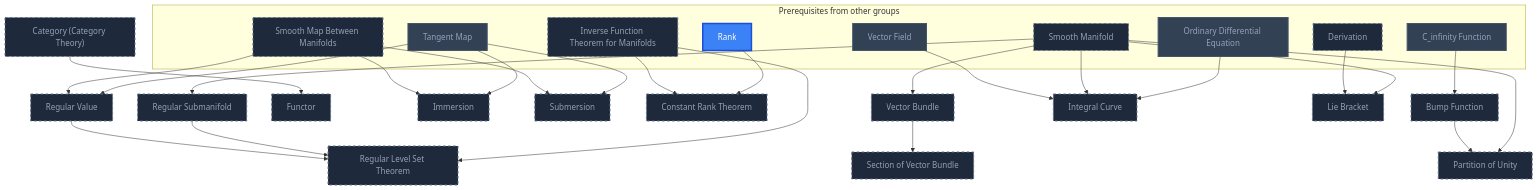
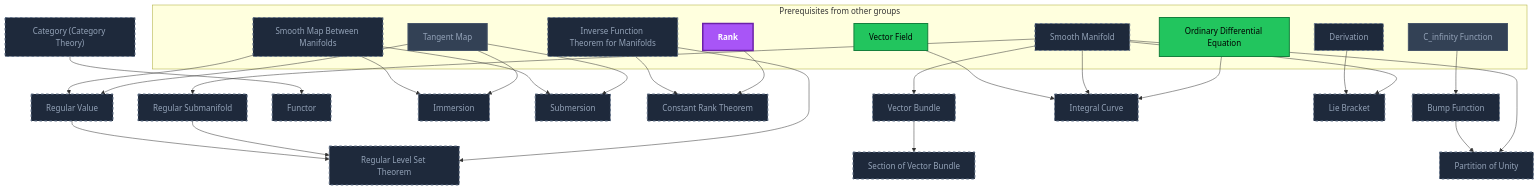
Diagram 14 of 21 in Gamification/Skill Trees/Differential Geometry.md (MRauf1/My-Notes), drawn with Mermaid before and after one commit. The commit also changed other lines of this file and 145 other files, not shown here.

````diff
--- a/Gamification/Skill Trees/Differential Geometry.md
+++ b/Gamification/Skill Trees/Differential Geometry.md
@@ -1012,64 +1028,65 @@
 ```mermaid
 flowchart TD
     classDef planned fill:#1E293B,stroke:#64748B,stroke-width:2px,stroke-dasharray:5 5,color:#94A3B8;
     classDef locked fill:#334155,stroke:#475569,stroke-width:2px,color:#94A3B8;
     classDef L0 fill:#F1F5F9,stroke:#94A3B8,stroke-width:2px,color:#000000;
     classDef L1 fill:#22C55E,stroke:#15803D,stroke-width:2px,color:#000000;
     classDef L2 fill:#3B82F6,stroke:#1D4ED8,stroke-width:3px,color:#FFFFFF;
     classDef L3 fill:#A855F7,stroke:#6B21A8,stroke-width:3px,color:#FFFFFF,font-weight:bold;
     classDef L4 fill:#F97316,stroke:#C2410C,stroke-width:4px,color:#000000,font-weight:bold;
     classDef L5 fill:#FFD700,stroke:#FF8C00,stroke-width:5px,color:#000000,font-weight:bold;
     classDef rusty stroke:#8B4513,stroke-width:4px,stroke-dasharray:3 3;
     subgraph sg_prereqs["Prerequisites from other groups"]
         n_smooth_manifold["Smooth Manifold"]
         n_smooth_map_between_manifolds["Smooth Map Between Manifolds"]
         n_tangent_map["Tangent Map"]
         n_inverse_function_theorem_for_manifolds["Inverse Function Theorem for Manifolds"]
         n_rank["Rank"]
         n_c_infinity_function["C_infinity Function"]
         n_vector_field["Vector Field"]
         n_ordinary_differential_equation["Ordinary Differential Equation"]
         n_derivation["Derivation"]
     end
     n_regular_submanifold["Regular Submanifold"]
     n_regular_value["Regular Value"]
     n_regular_level_set_theorem["Regular Level Set Theorem"]
     n_category_category_theory["Category (Category Theory)"]
     n_functor["Functor"]
     n_immersion["Immersion"]
     n_submersion["Submersion"]
     n_constant_rank_theorem["Constant Rank Theorem"]
     n_vector_bundle["Vector Bundle"]
     n_section_of_vector_bundle["Section of Vector Bundle"]
     n_bump_function["Bump Function"]
     n_partition_of_unity["Partition of Unity"]
     n_integral_curve["Integral Curve"]
     n_lie_bracket["Lie Bracket"]
     n_smooth_manifold --> n_regular_submanifold
     n_smooth_map_between_manifolds --> n_regular_value
     n_tangent_map --> n_regular_value
     n_regular_value --> n_regular_level_set_theorem
     n_regular_submanifold --> n_regular_level_set_theorem
     n_inverse_function_theorem_for_manifolds --> n_regular_level_set_theorem
     n_category_category_theory --> n_functor
     n_smooth_map_between_manifolds --> n_immersion
     n_tangent_map --> n_immersion
     n_smooth_map_between_manifolds --> n_submersion
     n_tangent_map --> n_submersion
     n_inverse_function_theorem_for_manifolds --> n_constant_rank_theorem
     n_rank --> n_constant_rank_theorem
     n_smooth_manifold --> n_vector_bundle
     n_vector_bundle --> n_section_of_vector_bundle
     n_c_infinity_function --> n_bump_function
     n_bump_function --> n_partition_of_unity
     n_smooth_manifold --> n_partition_of_unity
     n_vector_field --> n_integral_curve
     n_smooth_manifold --> n_integral_curve
     n_ordinary_differential_equation --> n_integral_curve
     n_derivation --> n_lie_bracket
     n_smooth_manifold --> n_lie_bracket
     class n_smooth_manifold,n_smooth_map_between_manifolds,n_inverse_function_theorem_for_manifolds,n_derivation,n_regular_submanifold,n_regular_value,n_regular_level_set_theorem,n_category_category_theory,n_functor,n_immersion,n_submersion,n_constant_rank_theorem,n_vector_bundle,n_section_of_vector_bundle,n_bump_function,n_partition_of_unity,n_integral_curve,n_lie_bracket planned;
-    class n_tangent_map,n_c_infinity_function,n_vector_field,n_ordinary_differential_equation locked;
-    class n_rank L2;
+    class n_tangent_map,n_c_infinity_function locked;
+    class n_vector_field,n_ordinary_differential_equation L1;
+    class n_rank L3;
     class n_tangent_map,n_rank,n_c_infinity_function,n_vector_field,n_ordinary_differential_equation internal-link;
 ```
````
